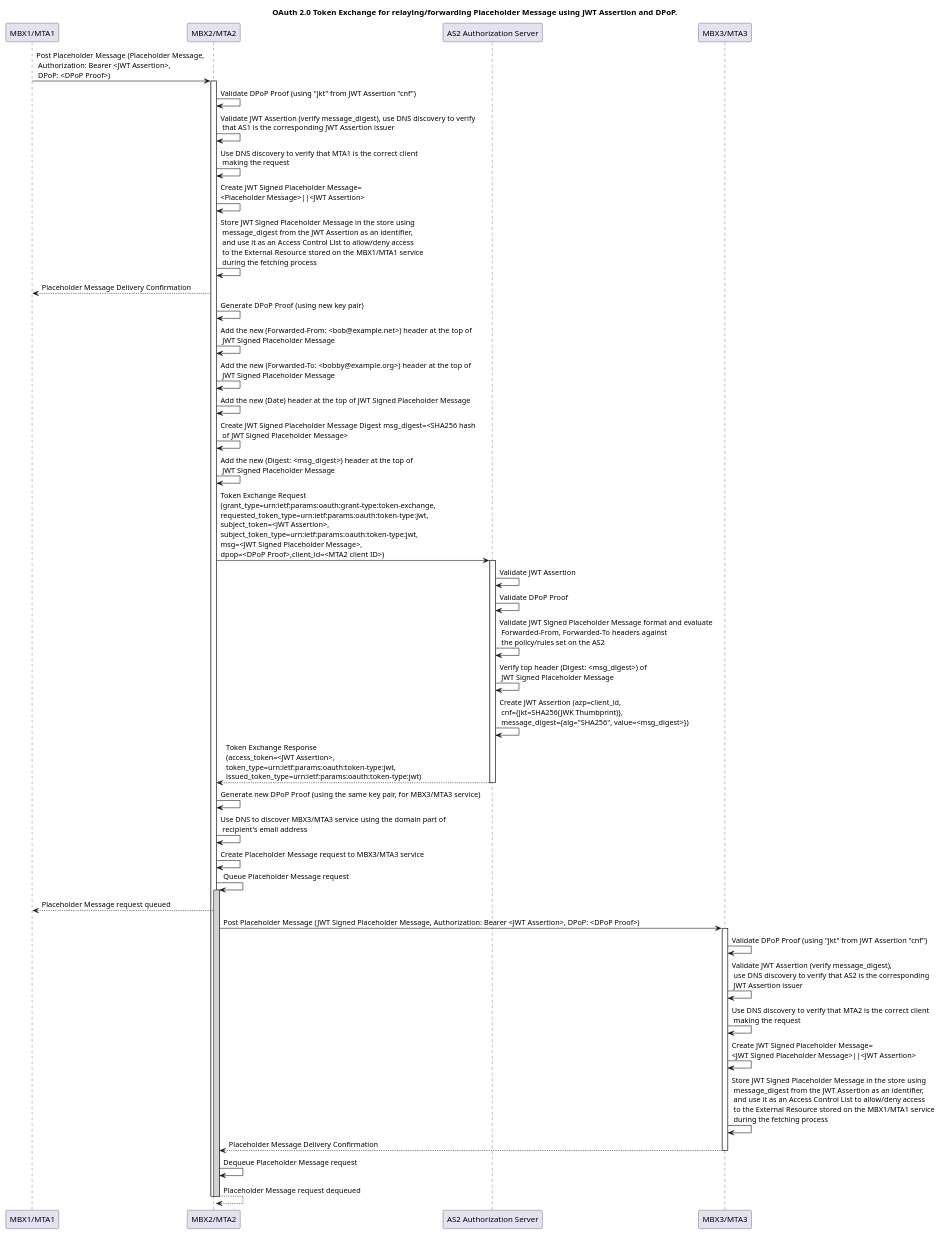
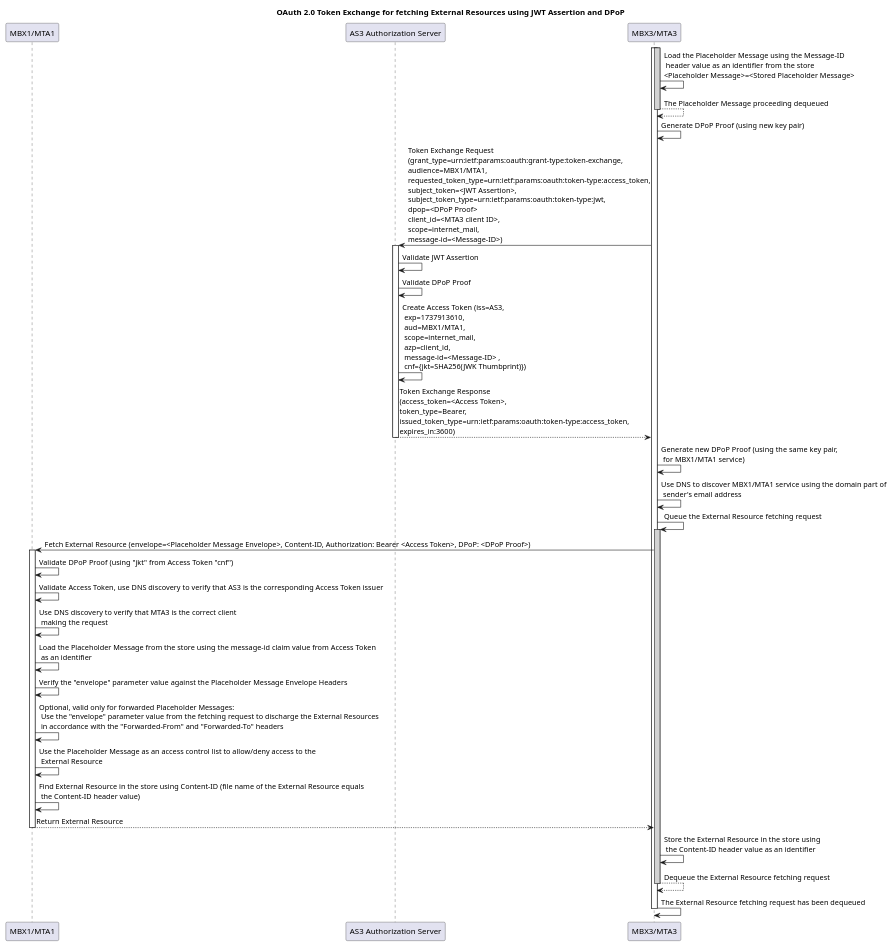
The fourth of 4 diagrams in docs/DESCRIPTION.md (federizer/federizer), drawn with PlantUML before and after one commit. The commit also changed other lines of this file and 2 other files, not shown here.

````diff
--- a/docs/DESCRIPTION.md
+++ b/docs/DESCRIPTION.md
@@ -455,65 +559,53 @@
 ```plantuml
 @startuml
-title OAuth 2.0 Token Exchange for relaying/forwarding Placeholder Message using JWT Assertion and DPoP.
+title OAuth 2.0 Token Exchange for fetching External Resources using JWT Assertion and DPoP
 participant "MBX1/MTA1" as Entity1
-participant "MBX2/MTA2" as Entity2
-participant "AS2 Authorization Server" as AuthServer
+participant "AS3 Authorization Server" as AuthServer
 participant "MBX3/MTA3" as Entity3
 
-Entity1 -> Entity2: Post Placeholder Message (Placeholder Message,\n Authorization: Bearer <JWT Assertion>,\n DPoP: <DPoP Proof>)
-activate Entity2
+activate Entity3
+activate Entity3 #LightGray
+Entity3 -> Entity3: Load the Placeholder Message using the Message-ID\n header value as an identifier from the store\n<Placeholder Message>=<Stored Placeholder Message>
+Entity3 --> Entity3: The Placeholder Message proceeding dequeued
+deactivate Entity3
 
-Entity2 -> Entity2: Validate DPoP Proof (using "jkt" from JWT Assertion "cnf")
-Entity2 -> Entity2: Validate JWT Assertion (verify message_digest), use DNS discovery to verify\n that AS1 is the corresponding JWT Assertion issuer
-Entity2 -> Entity2: Use DNS discovery to verify that MTA1 is the correct client\n making the request
-Entity2 -> Entity2: Create JWT Signed Placeholder Message=\n<Placeholder Message>||<JWT Assertion>
-Entity2 -> Entity2: Store JWT Signed Placeholder Message in the store using\n message_digest from the JWT Assertion as an identifier,\n and use it as an Access Control List to allow/deny access\n to the External Resource stored on the MBX1/MTA1 service\n during the fetching process
-Entity2 --> Entity1: Placeholder Message Delivery Confirmation
+Entity3 -> Entity3: Generate DPoP Proof (using new key pair)
 
-Entity2 -> Entity2: Generate DPoP Proof (using new key pair)
-Entity2 -> Entity2: Add the new (Forwarded-From: <bob@example.net>) header at the top of\n JWT Signed Placeholder Message
-Entity2 -> Entity2: Add the new (Forwarded-To: <bobby@example.org>) header at the top of\n JWT Signed Placeholder Message
-Entity2 -> Entity2: Add the new (Date) header at the top of JWT Signed Placeholder Message
-Entity2 -> Entity2: Create JWT Signed Placeholder Message Digest msg_digest=<SHA256 hash\n of JWT Signed Placeholder Message>
-Entity2 -> Entity2: Add the new (Digest: <msg_digest>) header at the top of\n JWT Signed Placeholder Message
-
-Entity2 -> AuthServer: Token Exchange Request\n(grant_type=urn:ietf:params:oauth:grant-type:token-exchange,\nrequested_token_type=urn:ietf:params:oauth:token-type:jwt,\nsubject_token=<JWT Assertion>,\nsubject_token_type=urn:ietf:params:oauth:token-type:jwt,\nmsg=<JWT Signed Placeholder Message>,\ndpop=<DPoP Proof>,client_id=<MTA2 client ID>)
+Entity3 -> AuthServer: Token Exchange Request\n(grant_type=urn:ietf:params:oauth:grant-type:token-exchange,\naudience=MBX1/MTA1,\nrequested_token_type=urn:ietf:params:oauth:token-type:access_token,\nsubject_token=<JWT Assertion>,\nsubject_token_type=urn:ietf:params:oauth:token-type:jwt,\ndpop=<DPoP Proof>\nclient_id=<MTA3 client ID>,\nscope=internet_mail,\nmessage-id=<Message-ID>)
 activate AuthServer
 
 AuthServer -> AuthServer: Validate JWT Assertion
 AuthServer -> AuthServer: Validate DPoP Proof
-AuthServer -> AuthServer: Validate JWT Signed Placeholder Message format and evaluate\n Forwarded-From, Forwarded-To headers against\n the policy/rules set on the AS2
-AuthServer -> AuthServer: Verify top header (Digest: <msg_digest>) of\n JWT Signed Placeholder Message
-AuthServer -> AuthServer: Create JWT Assertion (azp=client_id,\n cnf={jkt=SHA256(JWK Thumbprint)},\n message_digest={alg="SHA256", value=<msg_digest>})
+AuthServer -> AuthServer: Create Access Token (iss=AS3,\n exp=1737913610,\n aud=MBX1/MTA1,\n scope=internet_mail,\n azp=client_id,\n message-id=<Message-ID> ,\n cnf={jkt=SHA256(JWK Thumbprint)})
 
-AuthServer --> Entity2: Token Exchange Response\n(access_token=<JWT Assertion>,\ntoken_type=urn:ietf:params:oauth:token-type:jwt,\nissued_token_type=urn:ietf:params:oauth:token-type:jwt)
+AuthServer --> Entity3: Token Exchange Response\n(access_token=<Access Token>,\ntoken_type=Bearer,\nissued_token_type=urn:ietf:params:oauth:token-type:access_token,\nexpires_in:3600)
 deactivate AuthServer
 
-Entity2 -> Entity2: Generate new DPoP Proof (using the same key pair, for MBX3/MTA3 service)
+Entity3 -> Entity3: Generate new DPoP Proof (using the same key pair,\n for MBX1/MTA1 service)
 
-Entity2 -> Entity2: Use DNS to discover MBX3/MTA3 service using the domain part of\n recipient's email address
-Entity2 -> Entity2: Create Placeholder Message request to MBX3/MTA3 service
-Entity2 -> Entity2: Queue Placeholder Message request
-activate Entity2 #LightGray
+Entity3 -> Entity3: Use DNS to discover MBX1/MTA1 service using the domain part of\n sender's email address
+Entity3 -> Entity3: Queue the External Resource fetching request
+activate Entity3 #LightGray
 
-Entity2 --> Entity1: Placeholder Message request queued
+Entity3 -> Entity1: Fetch External Resource (envelope=<Placeholder Message Envelope>, Content-ID, Authorization: Bearer <Access Token>, DPoP: <DPoP Proof>)
+activate Entity1
 
-Entity2 -> Entity3: Post Placeholder Message (JWT Signed Placeholder Message, Authorization: Bearer <JWT Assertion>, DPoP: <DPoP Proof>)
-activate Entity3
+Entity1 -> Entity1: Validate DPoP Proof (using "jkt" from Access Token "cnf")
+Entity1 -> Entity1: Validate Access Token, use DNS discovery to verify that AS3 is the corresponding Access Token issuer
+Entity1 -> Entity1: Use DNS discovery to verify that MTA3 is the correct client\n making the request
+Entity1 -> Entity1: Load the Placeholder Message from the store using the message-id claim value from Access Token\n as an identifier
+Entity1 -> Entity1: Verify the "envelope" parameter value against the Placeholder Message Envelope Headers
+Entity1 -> Entity1: Optional, valid only for forwarded Placeholder Messages:\n Use the "envelope" parameter value from the fetching request to discharge the External Resources\n in accordance with the "Forwarded-From" and "Forwarded-To" headers
+Entity1 -> Entity1: Use the Placeholder Message as an access control list to allow/deny access to the\n External Resource
+Entity1 -> Entity1: Find External Resource in the store using Content-ID (file name of the External Resource equals\n the Content-ID header value)
+Entity1 --> Entity3: Return External Resource
+deactivate Entity1
+Entity3 -> Entity3: Store the External Resource in the store using\n the Content-ID header value as an identifier
+Entity3 --> Entity3: Dequeue the External Resource fetching request
+deactivate Entity3
+Entity3 -> Entity3: The External Resource fetching request has been dequeued
 
-Entity3 -> Entity3: Validate DPoP Proof (using "jkt" from JWT Assertion "cnf")
-Entity3 -> Entity3: Validate JWT Assertion (verify message_digest),\n use DNS discovery to verify that AS2 is the corresponding\n JWT Assertion issuer
-Entity3 -> Entity3: Use DNS discovery to verify that MTA2 is the correct client\n making the request
-Entity3 -> Entity3: Create JWT Signed Placeholder Message=\n<JWT Signed Placeholder Message>||<JWT Assertion>
-Entity3 -> Entity3: Store JWT Signed Placeholder Message in the store using\n message_digest from the JWT Assertion as an identifier,\n and use it as an Access Control List to allow/deny access\n to the External Resource stored on the MBX1/MTA1 service\n during the fetching process
-Entity3 --> Entity2: Placeholder Message Delivery Confirmation
 deactivate Entity3
-Entity2 -> Entity2: Dequeue Placeholder Message request
-Entity2 --> Entity2: Placeholder Message request dequeued
-deactivate Entity2
-
-'Entity2 --> Entity1: Placeholder Message Forwarded Confirmation
-deactivate Entity2
 
 @enduml
 ```
````
